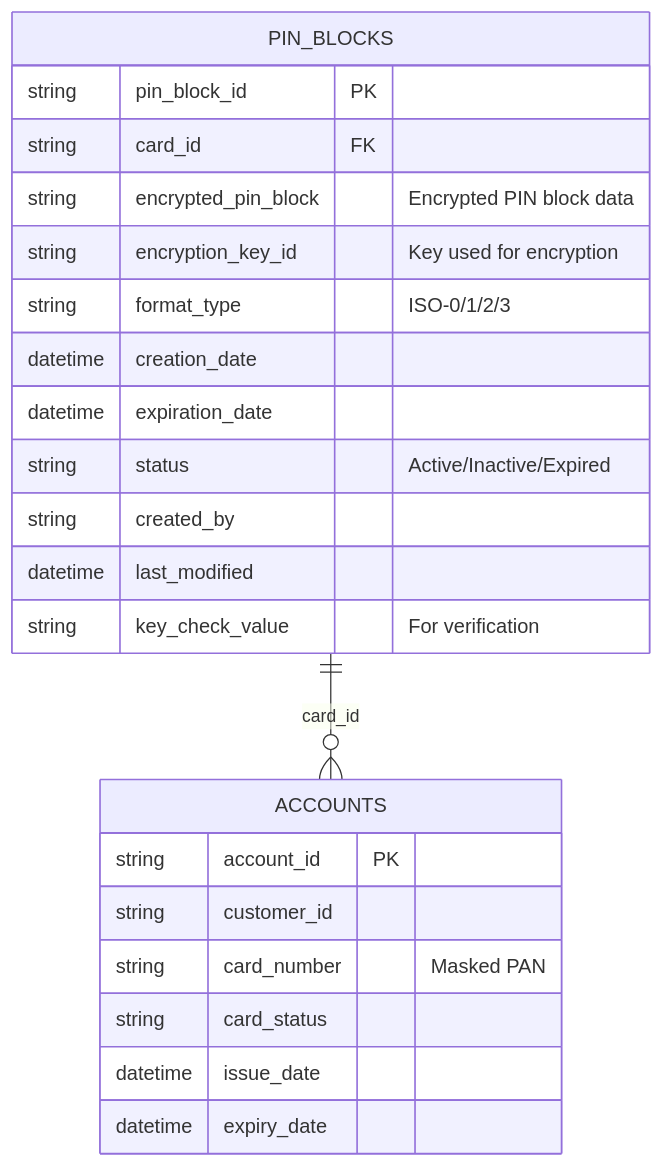
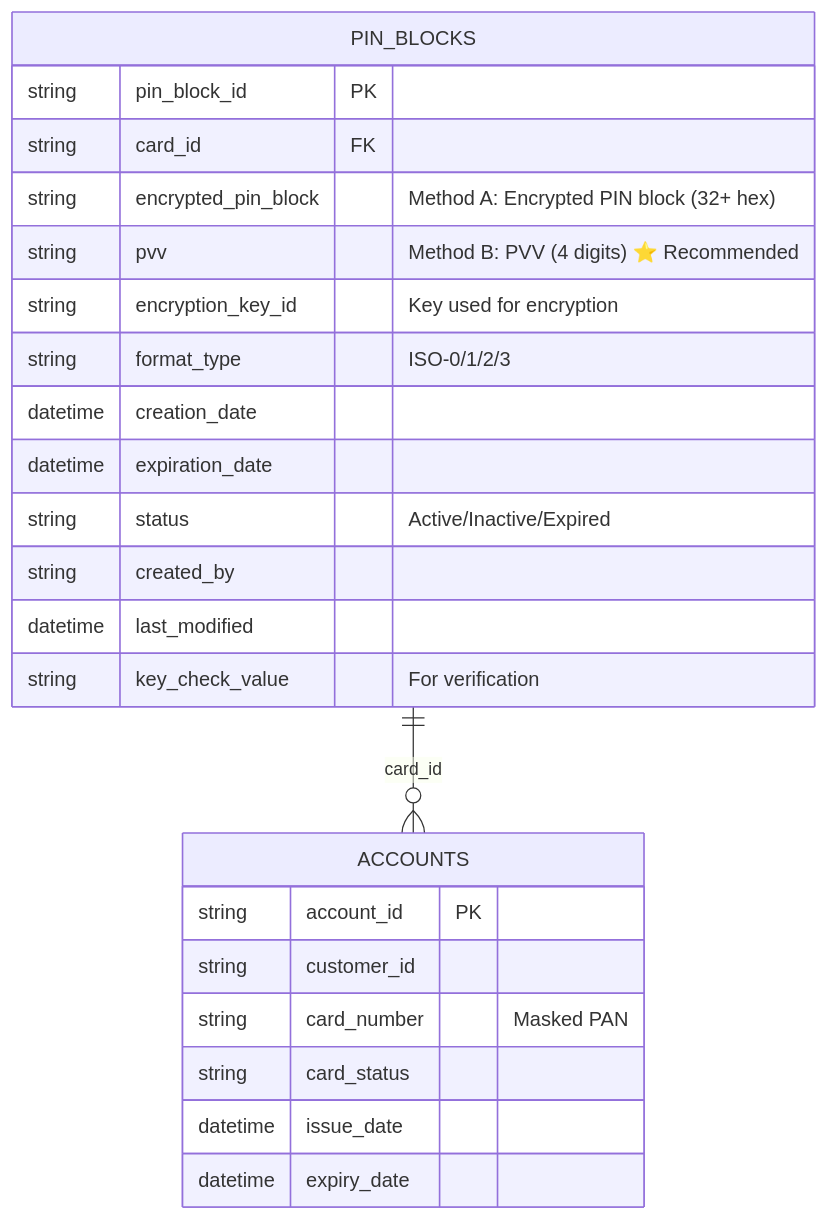
One commit to artivisi/hsm-simulator changed the ninth of 19 diagrams in docs/user-manual/pinblock.md. Above: the diagram before and after it, drawn with Mermaid. The commit also changed other lines of this file and 6 other files, not shown here.

First line of the commit message:
feat: Add PIN block generation, verification endpoints, and PVV support

````diff
--- a/docs/user-manual/pinblock.md
+++ b/docs/user-manual/pinblock.md
@@ -303,26 +373,27 @@
 ```mermaid
 erDiagram
     PIN_BLOCKS ||--o{ ACCOUNTS : "card_id"
     PIN_BLOCKS {
         string pin_block_id PK
         string card_id FK
-        string encrypted_pin_block "Encrypted PIN block data"
+        string encrypted_pin_block "Method A: Encrypted PIN block (32+ hex)"
+        string pvv "Method B: PVV (4 digits) ⭐ Recommended"
         string encryption_key_id "Key used for encryption"
         string format_type "ISO-0/1/2/3"
         datetime creation_date
         datetime expiration_date
         string status "Active/Inactive/Expired"
         string created_by
         datetime last_modified
         string key_check_value "For verification"
     }
 
     ACCOUNTS {
         string account_id PK
         string customer_id
         string card_number "Masked PAN"
         string card_status
         datetime issue_date
         datetime expiry_date
     }
 ```
````
